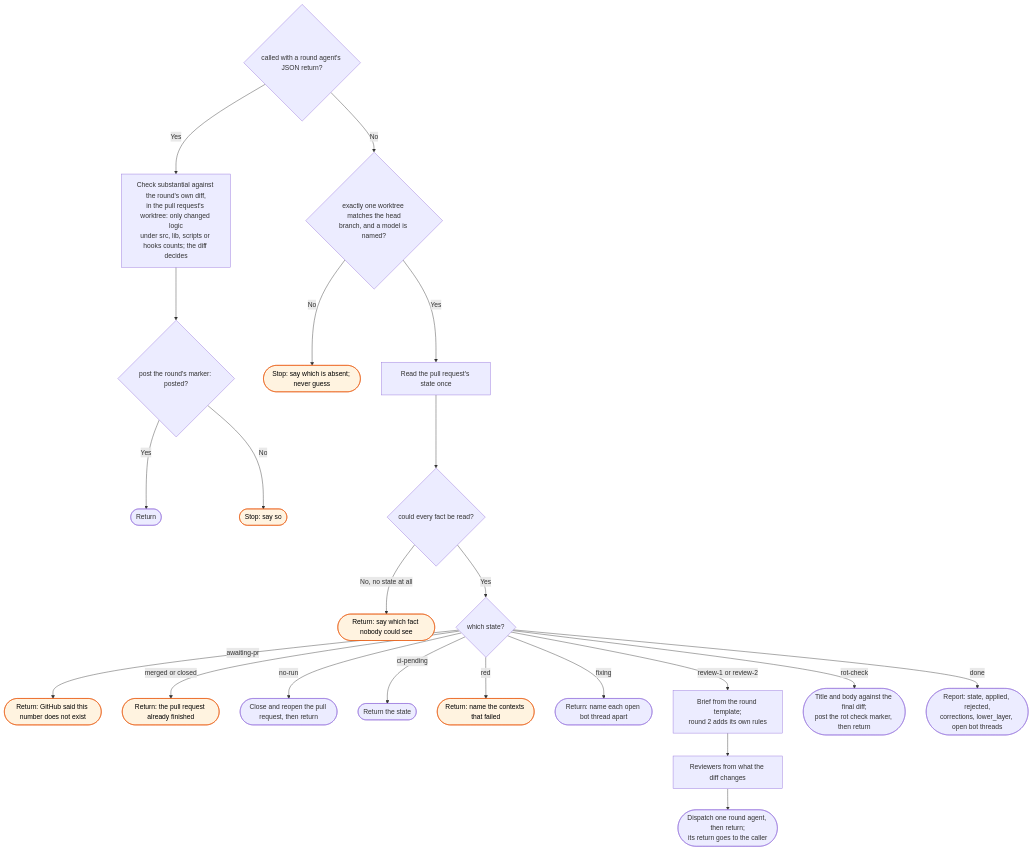
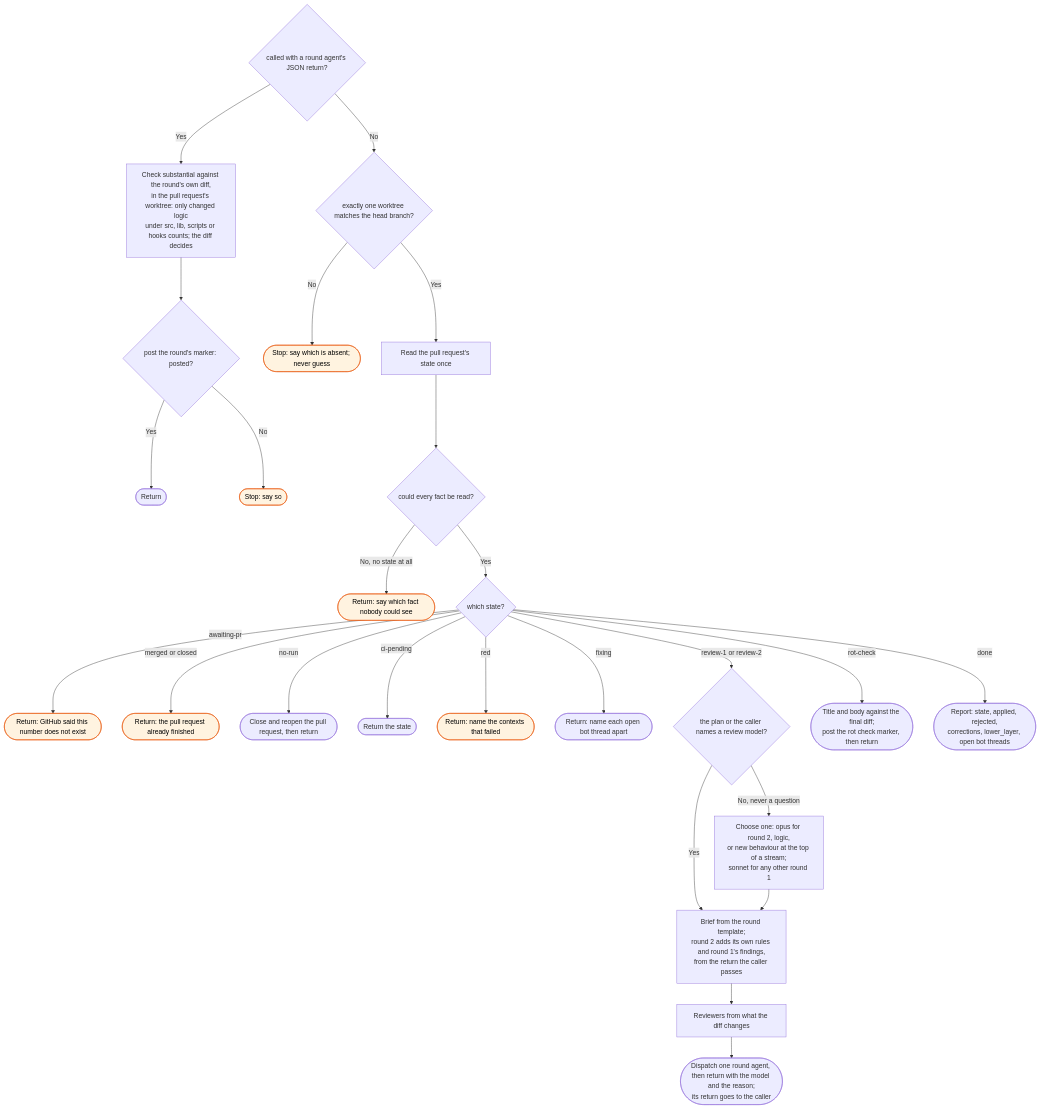
Before and after one commit to bje-settings/claude: the diagram in docs/flows/workstreams/review/_skill-flow.md, drawn with Mermaid. The commit also changed other lines of this file and 15 other files, not shown here.

````diff
--- a/docs/flows/workstreams/review/_skill-flow.md
+++ b/docs/flows/workstreams/review/_skill-flow.md
@@ -15,31 +15,34 @@
 ```mermaid
 flowchart TD
     R0{called with a round agent's JSON return?}
     R0 -->|Yes| RS[Check substantial against the round's own diff,<br/>in the pull request's worktree: only changed logic<br/>under src, lib, scripts or hooks counts; the diff decides]
     RS --> R2{post the round's marker: posted?}
     R2 -->|Yes| R1([Return])
     R2 -->|No| R3([Stop: say so]):::stop
-    R0 -->|No| W{exactly one worktree matches the head<br/>branch, and a model is named?}
+    R0 -->|No| W{exactly one worktree matches the head branch?}
     W -->|No| W1([Stop: say which is absent; never guess]):::stop
     W -->|Yes| C[Read the pull request's state once]
 
     C --> D{could every fact be read?}
     D -->|No, no state at all| D1([Return: say which fact nobody could see]):::stop
     D -->|Yes| E{which state?}
 
     E -->|awaiting-pr| E1([Return: GitHub said this number does not exist]):::stop
     E -->|merged or closed| E1b([Return: the pull request already finished]):::stop
     E -->|no-run| F([Close and reopen the pull request, then return])
     E -->|ci-pending| G([Return the state])
     E -->|red| G1([Return: name the contexts that failed]):::stop
     E -->|fixing| G2([Return: name each open bot thread apart])
 
-    E -->|review-1 or review-2| I[Brief from the round template;<br/>round 2 adds its own rules]
+    E -->|review-1 or review-2| M{the plan or the caller names a review model?}
+    M -->|Yes| I
+    M -->|No, never a question| M1[Choose one: opus for round 2, logic,<br/>or new behaviour at the top of a stream;<br/>sonnet for any other round 1] --> I
+    I[Brief from the round template;<br/>round 2 adds its own rules and round 1's findings,<br/>from the return the caller passes]
     I --> J[Reviewers from what the diff changes]
-    J --> K([Dispatch one round agent, then return;<br/>its return goes to the caller])
+    J --> K([Dispatch one round agent, then return with the model and the reason;<br/>its return goes to the caller])
 
     E -->|rot-check| Q([Title and body against the final diff;<br/>post the rot check marker, then return])
     E -->|done| S([Report: state, applied, rejected,<br/>corrections, lower_layer, open bot threads])
 
     classDef stop fill:#fff3e0,stroke:#e65100,color:#000
 ```
````
